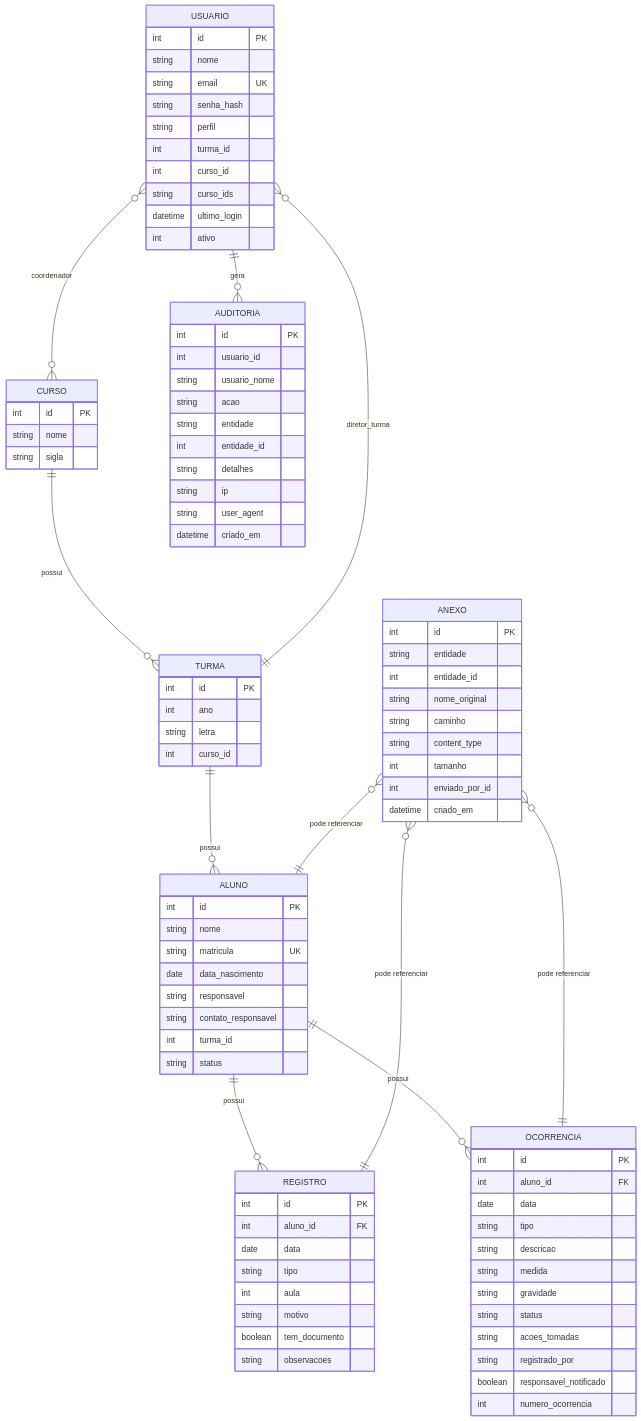
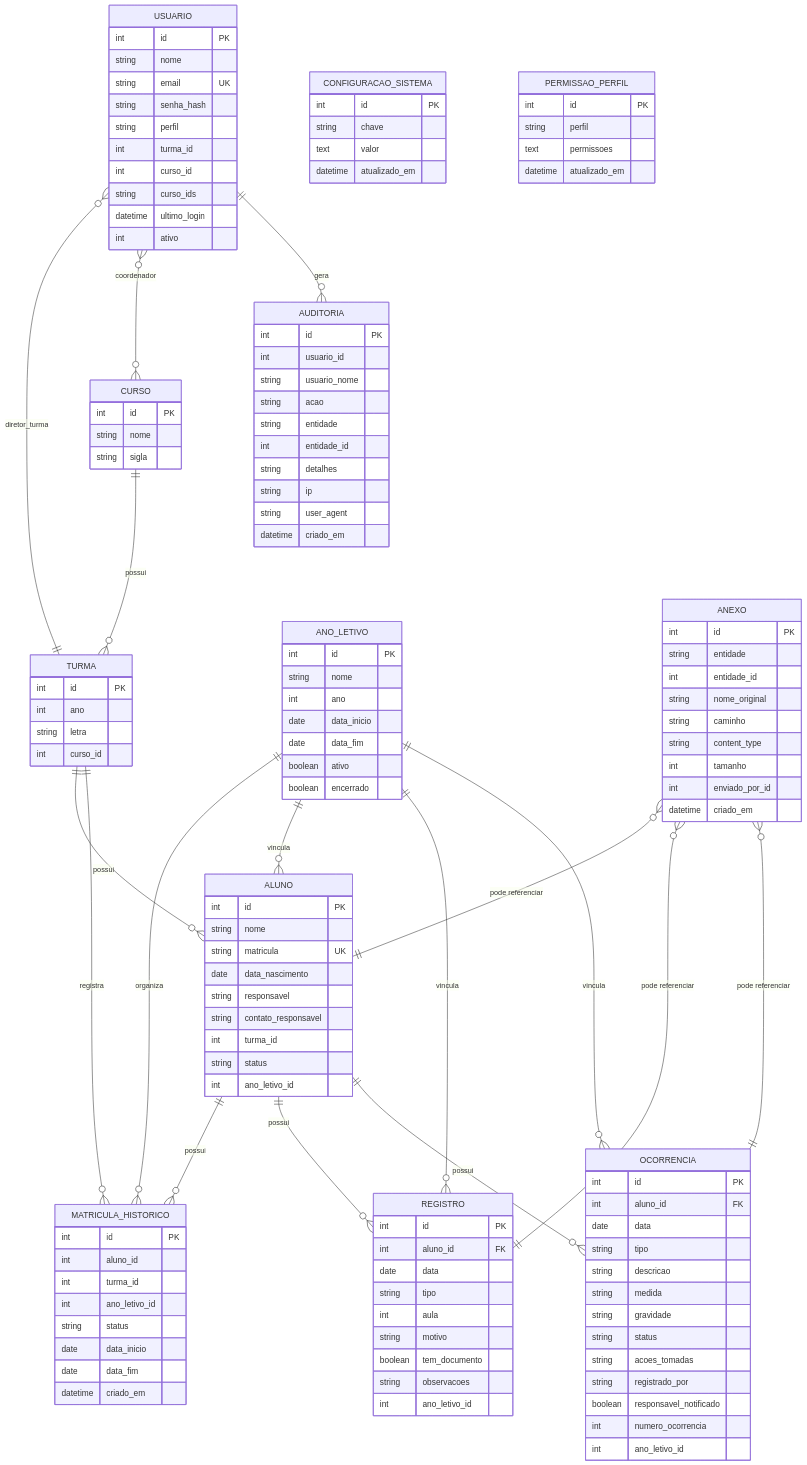
Before and after one commit to david1005/gestao-escolar-virgilio: the fifth of 5 diagrams in docs/documentacao-projeto.md, drawn with Mermaid. The commit also changed other lines of this file and 3 other files, not shown here.

````diff
--- a/docs/documentacao-projeto.md
+++ b/docs/documentacao-projeto.md
@@ -539,6 +575,12 @@
 erDiagram
     CURSO ||--o{ TURMA : possui
     TURMA ||--o{ ALUNO : possui
+    ALUNO ||--o{ MATRICULA_HISTORICO : possui
+    TURMA ||--o{ MATRICULA_HISTORICO : registra
+    ANO_LETIVO ||--o{ MATRICULA_HISTORICO : organiza
+    ANO_LETIVO ||--o{ ALUNO : vincula
+    ANO_LETIVO ||--o{ REGISTRO : vincula
+    ANO_LETIVO ||--o{ OCORRENCIA : vincula
     ALUNO ||--o{ REGISTRO : possui
     ALUNO ||--o{ OCORRENCIA : possui
     USUARIO }o--|| TURMA : "diretor_turma"
@@ -570,6 +612,18 @@
         string contato_responsavel
         int turma_id
         string status
+        int ano_letivo_id
+    }
+
+    MATRICULA_HISTORICO {
+        int id PK
+        int aluno_id
+        int turma_id
+        int ano_letivo_id
+        string status
+        date data_inicio
+        date data_fim
+        datetime criado_em
     }
 
     REGISTRO {
@@ -581,6 +635,7 @@
         string motivo
         boolean tem_documento
         string observacoes
+        int ano_letivo_id
     }
 
     OCORRENCIA {
@@ -596,6 +651,17 @@
         string registrado_por
         boolean responsavel_notificado
         int numero_ocorrencia
+        int ano_letivo_id
+    }
+
+    ANO_LETIVO {
+        int id PK
+        string nome
+        int ano
+        date data_inicio
+        date data_fim
+        boolean ativo
+        boolean encerrado
     }
 
     USUARIO {
@@ -635,4 +701,18 @@
         string user_agent
         datetime criado_em
     }
+
+    CONFIGURACAO_SISTEMA {
+        int id PK
+        string chave
+        text valor
+        datetime atualizado_em
+    }
+
+    PERMISSAO_PERFIL {
+        int id PK
+        string perfil
+        text permissoes
+        datetime atualizado_em
+    }
 ```
````
